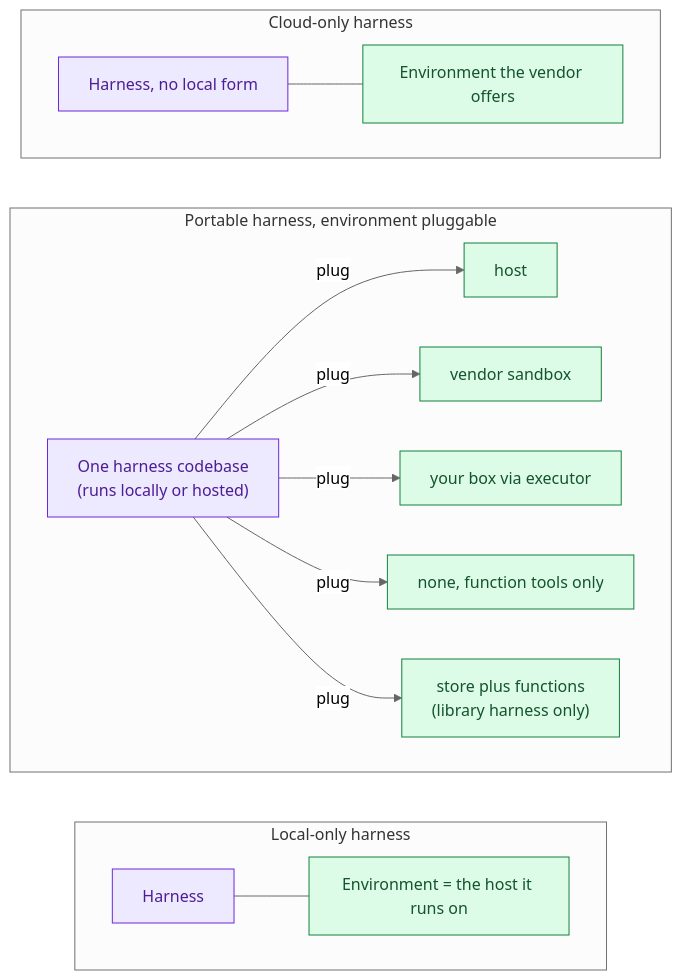
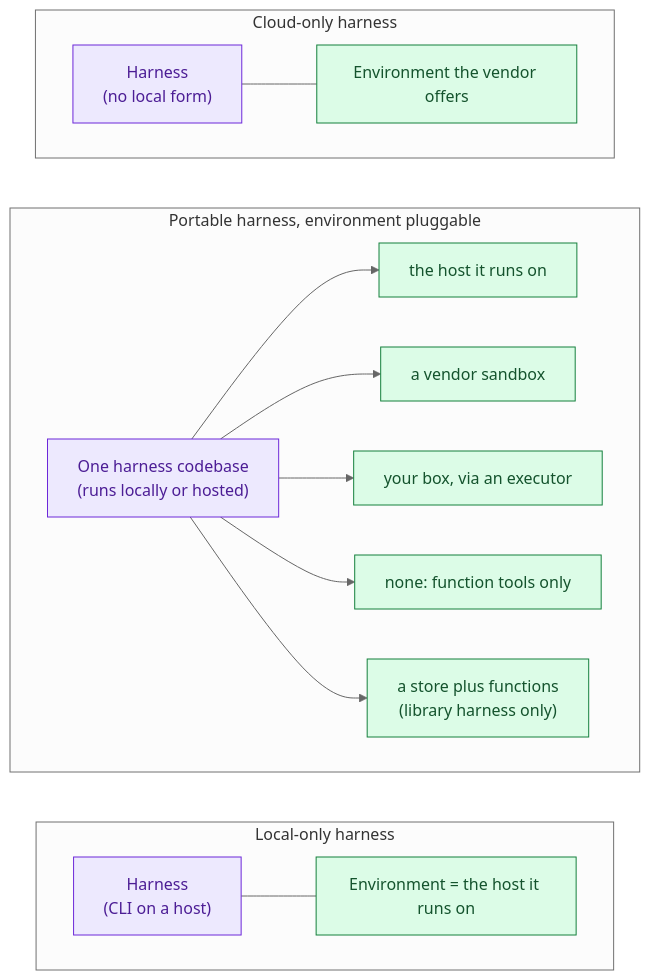
Before and after one commit to botiverse/oar: the eighth of 12 diagrams in docs/design/patterns.md, drawn with Mermaid (neutral theme). The commit also changed other lines of this file and 1 other file, not shown here.

````diff
--- a/docs/design/patterns.md
+++ b/docs/design/patterns.md
@@ -614,31 +677,31 @@
 ```mermaid
 flowchart LR
   subgraph local["Local-only harness"]
     direction LR
-    H1["Harness"]:::harness
+    H1["Harness<br/>(CLI on a host)"]:::harness
     E1["Environment = the host it runs on"]:::env
     H1 --- E1
   end
   subgraph portable["Portable harness, environment pluggable"]
     direction LR
     H2["One harness codebase<br/>(runs locally or hosted)"]:::harness
-    P1["host"]:::env
-    P2["vendor sandbox"]:::env
-    P3["your box via executor"]:::env
-    P4["none, function tools only"]:::env
-    P5["store plus functions<br/>(library harness only)"]:::env
-    H2 -- "plug" --> P1
-    H2 -- "plug" --> P2
-    H2 -- "plug" --> P3
-    H2 -- "plug" --> P4
-    H2 -- "plug" --> P5
+    P1["the host it runs on"]:::env
+    P2["a vendor sandbox"]:::env
+    P3["your box, via an executor"]:::env
+    P4["none: function tools only"]:::env
+    P5["a store plus functions<br/>(library harness only)"]:::env
+    H2 --> P1
+    H2 --> P2
+    H2 --> P3
+    H2 --> P4
+    H2 --> P5
   end
   subgraph cloud["Cloud-only harness"]
     direction LR
-    H3["Harness, no local form"]:::harness
+    H3["Harness<br/>(no local form)"]:::harness
     E3["Environment the vendor offers"]:::env
     H3 --- E3
   end
   classDef harness fill:#ede9fe,stroke:#6d28d9,color:#4c1d95
   classDef env fill:#dcfce7,stroke:#15803d,color:#14532d
 ```
````
